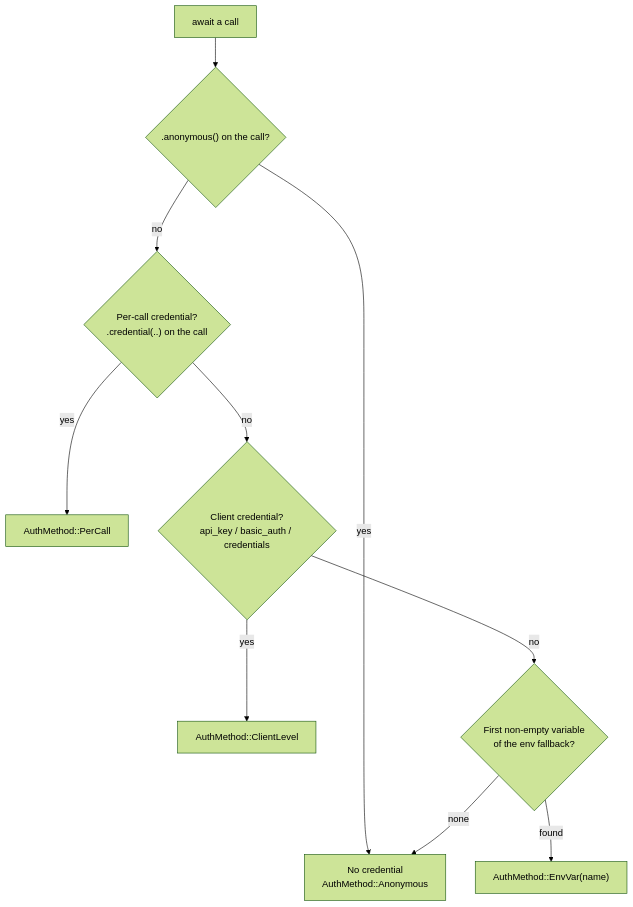
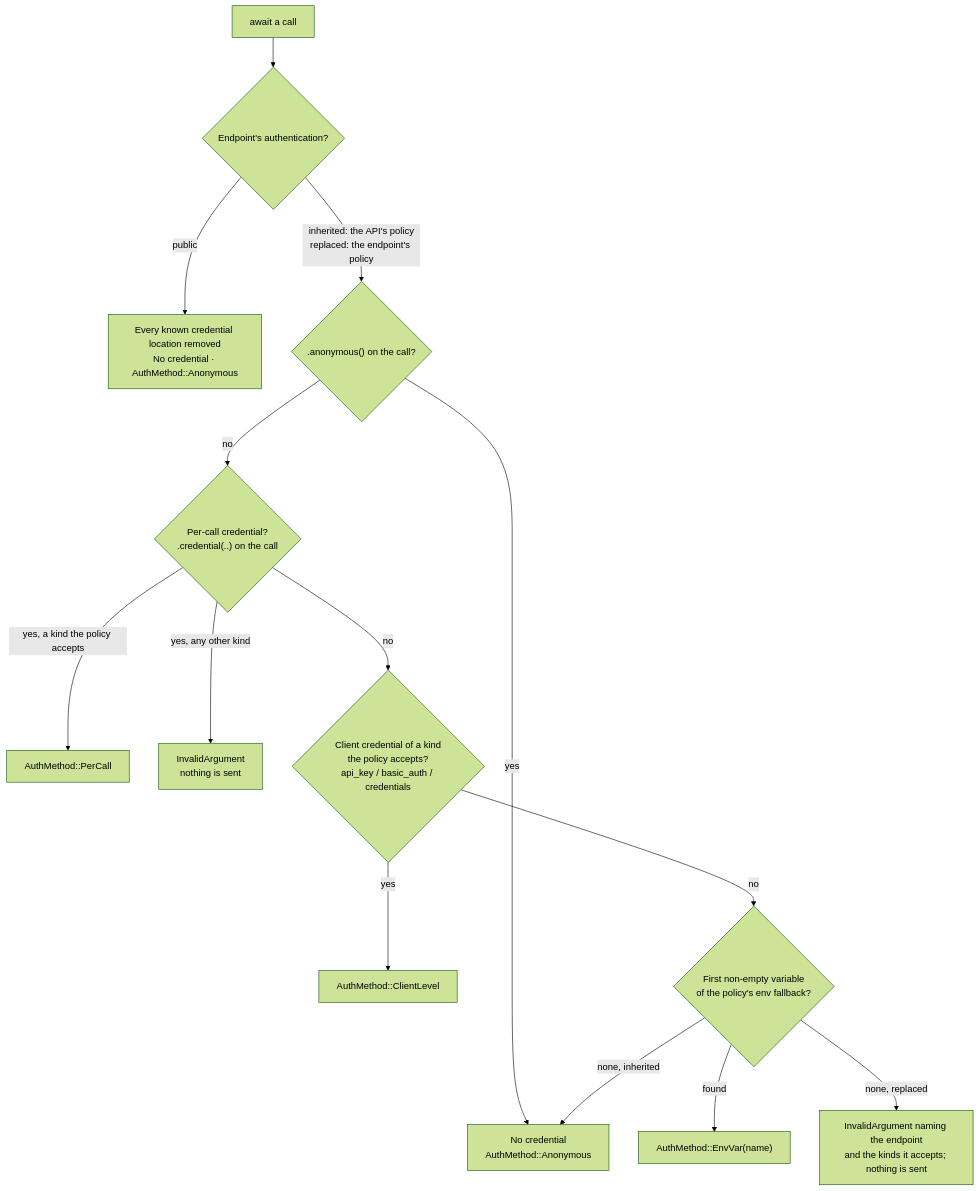
Before and after one commit to yankeeinlondon/rusty-biscuit: the diagram in schematic/docs/runtime/credentials.md, drawn with Mermaid (forest theme). The commit also changed other lines of this file and 18 other files, not shown here.

First line of the commit message:
docs(schematic): document definition vocabulary and bundles

````diff
--- a/schematic/docs/runtime/credentials.md
+++ b/schematic/docs/runtime/credentials.md
@@ -24,12 +26,16 @@
 ```mermaid
 flowchart TD
-    A["await a call"] --> B{".anonymous() on the call?"}
+    A["await a call"] --> Q{"Endpoint's authentication?"}
+    Q -->|"public"| PUB["Every known credential location removed<br/>No credential · AuthMethod::Anonymous"]
+    Q -->|"inherited: the API's policy<br/>replaced: the endpoint's policy"| B{".anonymous() on the call?"}
     B -->|yes| N["No credential<br/>AuthMethod::Anonymous"]
     B -->|no| C{"Per-call credential?<br/>.credential(..) on the call"}
-    C -->|yes| P["AuthMethod::PerCall"]
-    C -->|no| D{"Client credential?<br/>api_key / basic_auth / credentials"}
+    C -->|"yes, a kind the policy accepts"| P["AuthMethod::PerCall"]
+    C -->|"yes, any other kind"| X["InvalidArgument<br/>nothing is sent"]
+    C -->|no| D{"Client credential of a kind<br/>the policy accepts?<br/>api_key / basic_auth / credentials"}
     D -->|yes| L["AuthMethod::ClientLevel"]
-    D -->|no| E{"First non-empty variable<br/>of the env fallback?"}
+    D -->|no| E{"First non-empty variable<br/>of the policy's env fallback?"}
     E -->|found| V["AuthMethod::EnvVar(name)"]
-    E -->|none| N
+    E -->|"none, inherited"| N
+    E -->|"none, replaced"| R["InvalidArgument naming the endpoint<br/>and the kinds it accepts; nothing is sent"]
 ```
````
